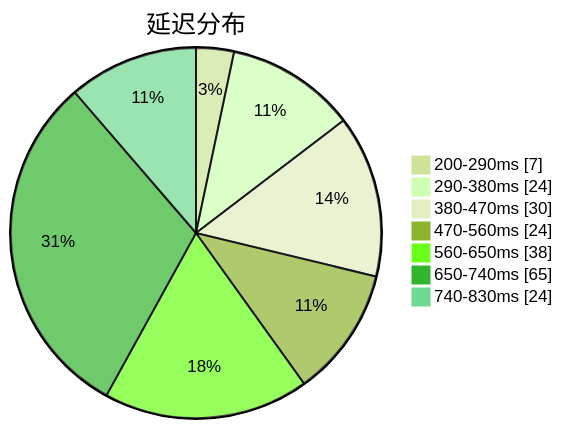
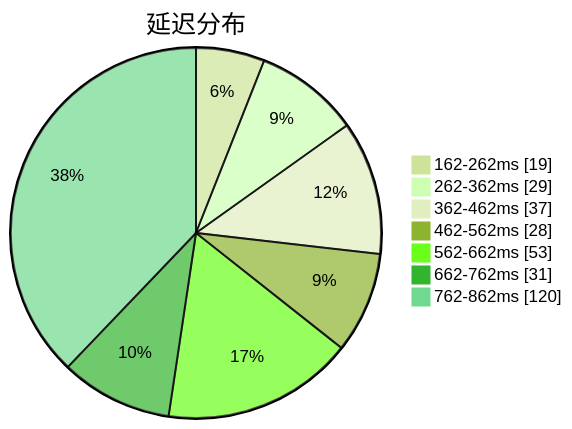
The first of 3 diagrams in subs/statistics/tested_within.md (qjlxg/airport), drawn with Mermaid (forest theme) before and after one commit. The commit also changed other lines of this file and 2 other files, not shown here.

````diff
--- a/subs/statistics/tested_within.md
+++ b/subs/statistics/tested_within.md
@@ -2,11 +2,11 @@
 ```mermaid
 pie showData
 title 延迟分布
-"200-290ms" : 7
-"290-380ms" : 24
-"380-470ms" : 30
-"470-560ms" : 24
-"560-650ms" : 38
-"650-740ms" : 65
-"740-830ms" : 24
+"162-262ms" : 19
+"262-362ms" : 29
+"362-462ms" : 37
+"462-562ms" : 28
+"562-662ms" : 53
+"662-762ms" : 31
+"762-862ms" : 120
 ```
````
